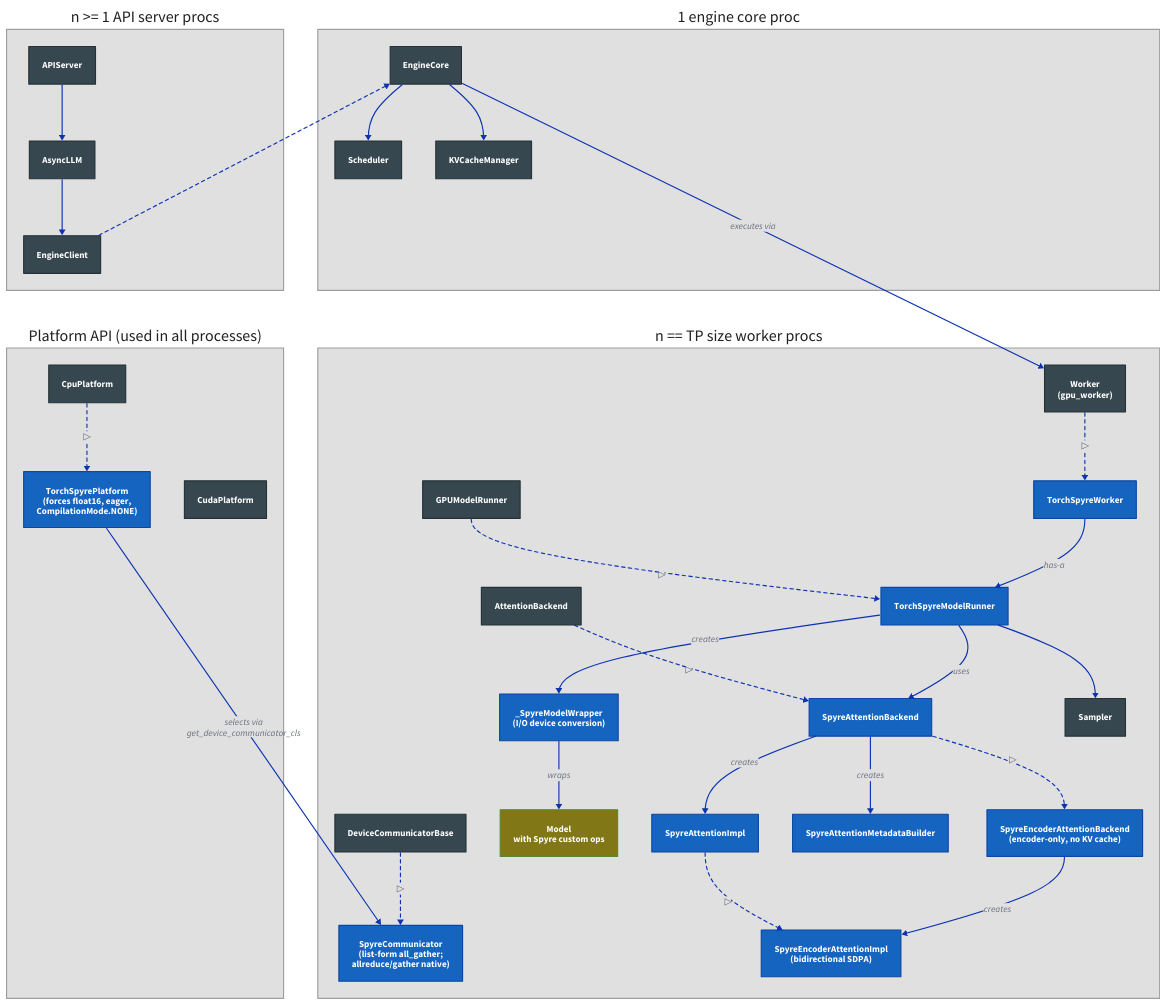
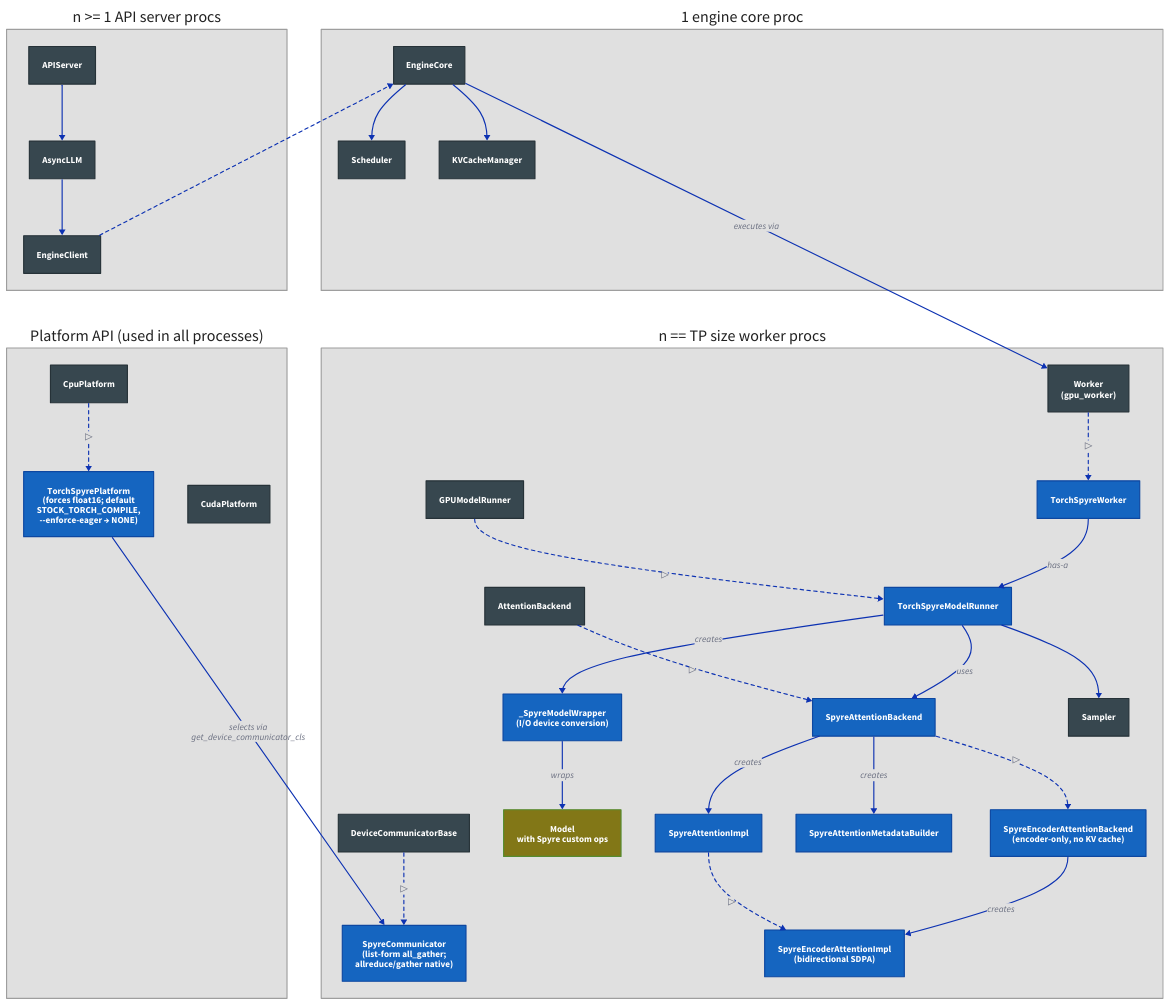
Before and after one commit to jvlunteren/spyre-inference: the diagram in latest/architecture/system-overview.d2, drawn with D2. The commit also changed 22 other files, not shown here.

```diff
--- a/latest/architecture/system-overview.d2
+++ b/latest/architecture/system-overview.d2
@@ -1,193 +1,193 @@
 grid-rows: 2
 grid-columns: 2
 grid-gap: 60
 
 api: "n >= 1 API server procs" {
   style.fill: "#e0e0e0"
   style.stroke: "#9e9e9e"
   style.font-color: "#212121"
 
   APIServer: APIServer {
     style.fill: "#37474f"
     style.stroke: "#263238"
     style.font-color: "#ffffff"
   }
   AsyncLLM: AsyncLLM {
     style.fill: "#37474f"
     style.stroke: "#263238"
     style.font-color: "#ffffff"
   }
   EngineClient: EngineClient {
     style.fill: "#37474f"
     style.stroke: "#263238"
     style.font-color: "#ffffff"
   }
 
   APIServer -> AsyncLLM -> EngineClient
 }
 
 engine: "1 engine core proc" {
   style.fill: "#e0e0e0"
   style.stroke: "#9e9e9e"
   style.font-color: "#212121"
 
   EngineCore: EngineCore {
     style.fill: "#37474f"
     style.stroke: "#263238"
     style.font-color: "#ffffff"
   }
   Scheduler: Scheduler {
     style.fill: "#37474f"
     style.stroke: "#263238"
     style.font-color: "#ffffff"
   }
   KVCacheManager: KVCacheManager {
     style.fill: "#37474f"
     style.stroke: "#263238"
     style.font-color: "#ffffff"
   }
 
   EngineCore -> Scheduler
   EngineCore -> KVCacheManager
 }
 
 platform: "Platform API (used in all processes)" {
   style.fill: "#e0e0e0"
   style.stroke: "#9e9e9e"
   style.font-color: "#212121"
 
   CpuPlatform: CpuPlatform {
     style.fill: "#37474f"
     style.stroke: "#263238"
     style.font-color: "#ffffff"
   }
-  SpyrePlatform: "TorchSpyrePlatform\n(forces float16, eager,\nCompilationMode.NONE)" {
+  SpyrePlatform: "TorchSpyrePlatform\n(forces float16; default\nSTOCK_TORCH_COMPILE,\n--enforce-eager → NONE)" {
     style.fill: "#1565c0"
     style.stroke: "#0d47a1"
     style.font-color: "#ffffff"
     style.bold: true
   }
   CudaPlatform: CudaPlatform {
     style.fill: "#37474f"
     style.stroke: "#263238"
     style.font-color: "#ffffff"
   }
 
   CpuPlatform -> SpyrePlatform: "▷" {style.stroke-dash: 3}
 }
 
 worker: "n == TP size worker procs" {
   style.fill: "#e0e0e0"
   style.stroke: "#9e9e9e"
   style.font-color: "#212121"
 
   Worker: "Worker\n(gpu_worker)" {
     style.fill: "#37474f"
     style.stroke: "#263238"
     style.font-color: "#ffffff"
   }
   SpyreWorker: TorchSpyreWorker {
     style.fill: "#1565c0"
     style.stroke: "#0d47a1"
     style.font-color: "#ffffff"
     style.bold: true
   }
 
   DeviceCommBase: DeviceCommunicatorBase {
     style.fill: "#37474f"
     style.stroke: "#263238"
     style.font-color: "#ffffff"
   }
   SpyreComm: "SpyreCommunicator\n(list-form all_gather;\nallreduce/gather native)" {
     style.fill: "#1565c0"
     style.stroke: "#0d47a1"
     style.font-color: "#ffffff"
     style.bold: true
   }
 
   GPUModelRunner: GPUModelRunner {
     style.fill: "#37474f"
     style.stroke: "#263238"
     style.font-color: "#ffffff"
   }
   SpyreModelRunner: TorchSpyreModelRunner {
     style.fill: "#1565c0"
     style.stroke: "#0d47a1"
     style.font-color: "#ffffff"
     style.bold: true
   }
   SpyreWrapper: "_SpyreModelWrapper\n(I/O device conversion)" {
     style.fill: "#1565c0"
     style.stroke: "#0d47a1"
     style.font-color: "#ffffff"
     style.bold: true
   }
 
   Model: "Model\nwith Spyre custom ops" {
     style.fill: "#827717"
     style.stroke: "#558b2f"
     style.font-color: "#ffffff"
   }
 
   AttentionBackend: AttentionBackend {
     style.fill: "#37474f"
     style.stroke: "#263238"
     style.font-color: "#ffffff"
   }
   SpyreAttnBackend: SpyreAttentionBackend {
     style.fill: "#1565c0"
     style.stroke: "#0d47a1"
     style.font-color: "#ffffff"
     style.bold: true
   }
   SpyreAttnImpl: SpyreAttentionImpl {
     style.fill: "#1565c0"
     style.stroke: "#0d47a1"
     style.font-color: "#ffffff"
     style.bold: true
   }
   SpyreMetaBuilder: SpyreAttentionMetadataBuilder {
     style.fill: "#1565c0"
     style.stroke: "#0d47a1"
     style.font-color: "#ffffff"
     style.bold: true
   }
   SpyreEncoderAttnBackend: "SpyreEncoderAttentionBackend\n(encoder-only, no KV cache)" {
     style.fill: "#1565c0"
     style.stroke: "#0d47a1"
     style.font-color: "#ffffff"
     style.bold: true
   }
   SpyreEncoderAttnImpl: "SpyreEncoderAttentionImpl\n(bidirectional SDPA)" {
     style.fill: "#1565c0"
     style.stroke: "#0d47a1"
     style.font-color: "#ffffff"
     style.bold: true
   }
 
   Sampler: Sampler {
     style.fill: "#37474f"
     style.stroke: "#263238"
     style.font-color: "#ffffff"
   }
 
   Worker -> SpyreWorker: "▷" {style.stroke-dash: 3}
   GPUModelRunner -> SpyreModelRunner: "▷" {style.stroke-dash: 3}
   AttentionBackend -> SpyreAttnBackend: "▷" {style.stroke-dash: 3}
   DeviceCommBase -> SpyreComm: "▷" {style.stroke-dash: 3}
 
   SpyreWorker -> SpyreModelRunner: has-a
   SpyreModelRunner -> SpyreWrapper: creates
   SpyreWrapper -> Model: wraps
   SpyreModelRunner -> SpyreAttnBackend: uses
   SpyreModelRunner -> Sampler
   SpyreAttnBackend -> SpyreAttnImpl: creates
   SpyreAttnBackend -> SpyreMetaBuilder: creates
   SpyreAttnBackend -> SpyreEncoderAttnBackend: "▷" {style.stroke-dash: 3}
   SpyreAttnImpl -> SpyreEncoderAttnImpl: "▷" {style.stroke-dash: 3}
   SpyreEncoderAttnBackend -> SpyreEncoderAttnImpl: creates
 }
 
 api.EngineClient -> engine.EngineCore: {style.stroke-dash: 3}
 engine.EngineCore -> worker.Worker: "executes via"
 platform.SpyrePlatform -> worker.SpyreComm: "selects via\nget_device_communicator_cls"
```
